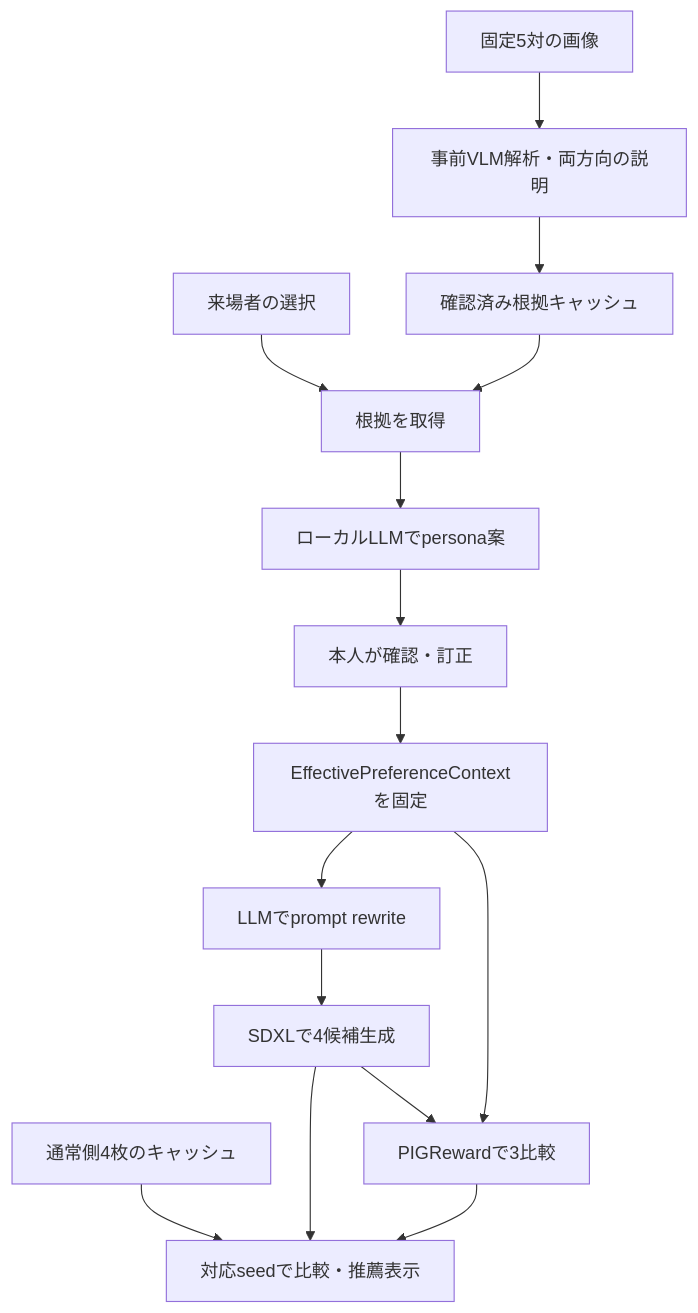
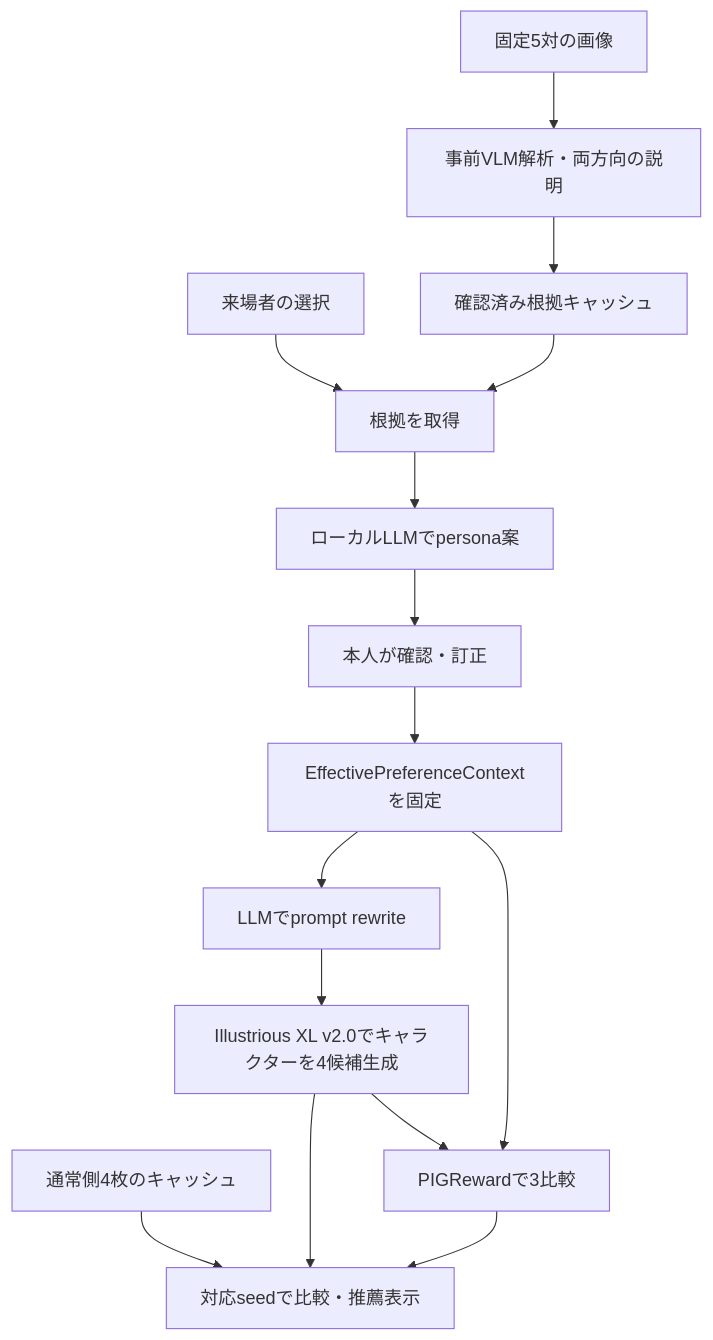
The diagram in docs/superpowers/specs/2026-09-19-zipp-pigreward-exhibition-demo-design.md (tmp-friends/personalized-t2i), drawn with Mermaid before and after one commit. The commit also changed other lines of this file and 32 other files, not shown here.

````diff
--- a/docs/superpowers/specs/2026-09-19-zipp-pigreward-exhibition-demo-design.md
+++ b/docs/superpowers/specs/2026-09-19-zipp-pigreward-exhibition-demo-design.md
@@ -220,17 +218,17 @@
 ```mermaid
 flowchart TD
     A[固定5対の画像] --> B[事前VLM解析・両方向の説明]
     B --> C[確認済み根拠キャッシュ]
     D[来場者の選択] --> E[根拠を取得]
     C --> E
     E --> F[ローカルLLMでpersona案]
     F --> G[本人が確認・訂正]
     G --> H[EffectivePreferenceContextを固定]
     H --> I[LLMでprompt rewrite]
-    I --> J[SDXLで4候補生成]
+    I --> J[Illustrious XL v2.0でキャラクターを4候補生成]
     J --> K[PIGRewardで3比較]
     H --> K
     L[通常側4枚のキャッシュ] --> M[対応seedで比較・推薦表示]
     J --> M
     K --> M
 ```
````
